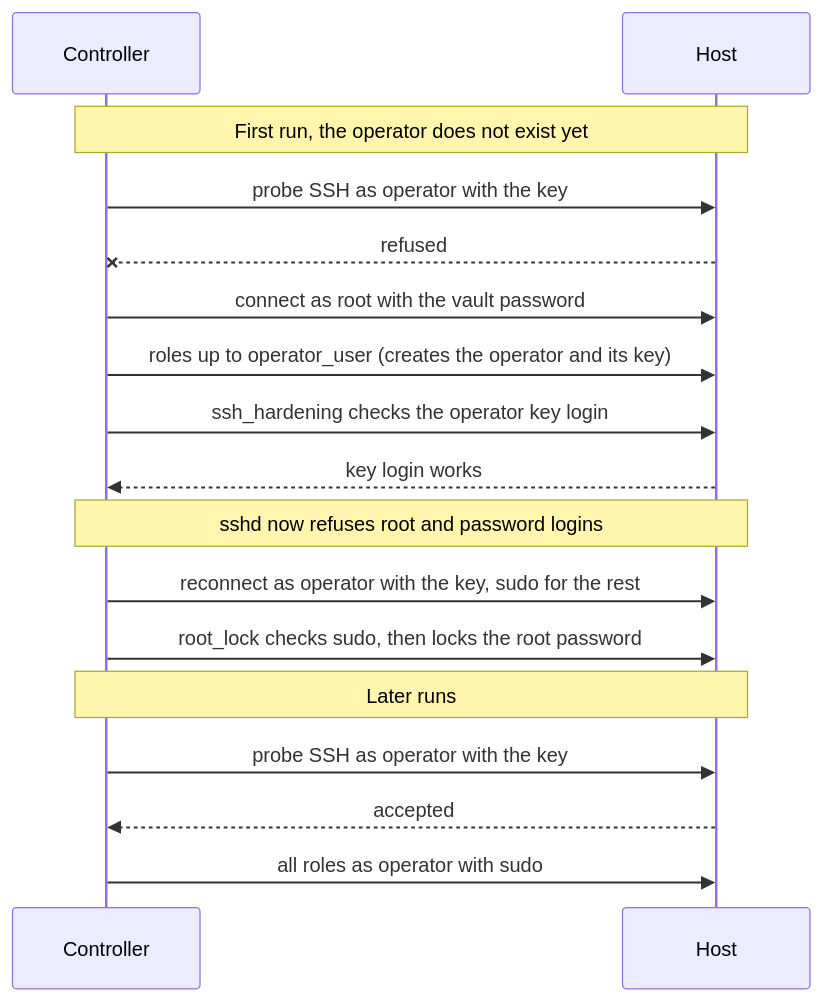
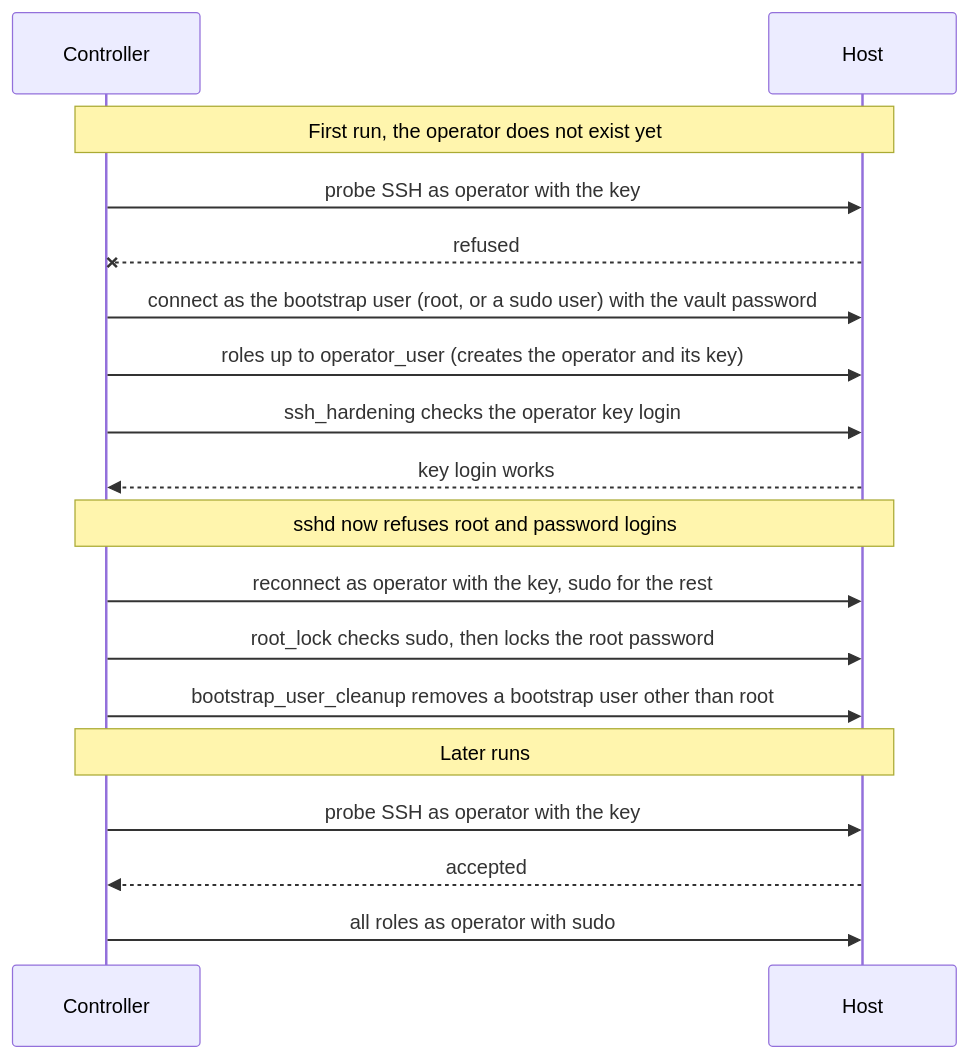
Before and after one commit to nayrosk/nayrosk-ansible: the third of 3 diagrams in docs/architecture.md, drawn with Mermaid. The commit also changed other lines of this file and 24 other files, not shown here.

First line of the commit message:
feat(bootstrap_connection): choose the bootstrap user and remove it after

````diff
--- a/docs/architecture.md
+++ b/docs/architecture.md
@@ -85,19 +87,20 @@
 ```mermaid
 sequenceDiagram
     participant C as Controller
     participant H as Host
     Note over C,H: First run, the operator does not exist yet
     C->>H: probe SSH as operator with the key
     H--xC: refused
-    C->>H: connect as root with the vault password
+    C->>H: connect as the bootstrap user (root, or a sudo user) with the vault password
     C->>H: roles up to operator_user (creates the operator and its key)
     C->>H: ssh_hardening checks the operator key login
     H-->>C: key login works
     Note over C,H: sshd now refuses root and password logins
     C->>H: reconnect as operator with the key, sudo for the rest
     C->>H: root_lock checks sudo, then locks the root password
+    C->>H: bootstrap_user_cleanup removes a bootstrap user other than root
     Note over C,H: Later runs
     C->>H: probe SSH as operator with the key
     H-->>C: accepted
     C->>H: all roles as operator with sudo
 ```
````
